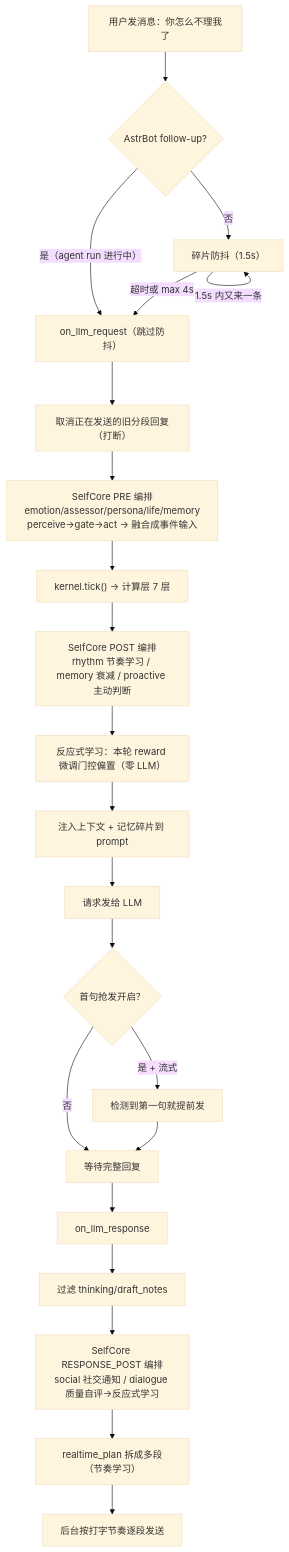
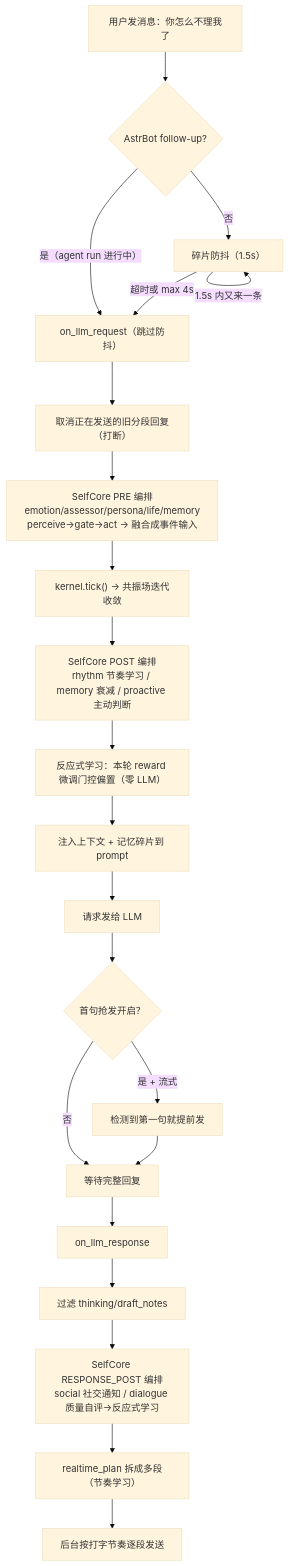
Before and after one commit to Ayleovelle/astrbot_plugin_sylanne: the fourth of 8 diagrams in README.md, drawn with Mermaid (base theme). The commit also changed other lines of this file, not shown here.

````diff
--- a/README.md
+++ b/README.md
@@ -255,24 +277,24 @@
 ```mermaid
 flowchart TD
     A["用户发消息：你怎么不理我了"] --> FU{"AstrBot follow-up?"}
     FU -->|"是（agent run 进行中）"| C["on_llm_request（跳过防抖）"]
     FU -->|"否"| B["碎片防抖（1.5s）"]
     B -->|"1.5s 内又来一条"| B
     B -->|"超时或 max 4s"| C
     C --> C1["取消正在发送的旧分段回复（打断）"]
     C1 --> PRE["SelfCore PRE 编排<br/>emotion/assessor/persona/life/memory<br/>perceive→gate→act → 融合成事件输入"]
-    PRE --> C2["kernel.tick() → 计算层 7 层"]
+    PRE --> C2["kernel.tick() → 共振场迭代收敛"]
     C2 --> POST["SelfCore POST 编排<br/>rhythm 节奏学习 / memory 衰减 / proactive 主动判断"]
     POST --> RL["反应式学习：本轮 reward 微调门控偏置（零 LLM）"]
     RL --> C4["注入上下文 + 记忆碎片到 prompt"]
     C4 --> D["请求发给 LLM"]
     D --> E{"首句抢发开启？"}
     E -->|"是 + 流式"| E1["检测到第一句就提前发"]
     E -->|"否"| F["等待完整回复"]
     E1 --> F
     F --> G["on_llm_response"]
     G --> G1["过滤 thinking/draft_notes"]
     G1 --> RP["SelfCore RESPONSE_POST 编排<br/>social 社交通知 / dialogue 质量自评→反应式学习"]
     RP --> G3["realtime_plan 拆成多段（节奏学习）"]
     G3 --> G4["后台按打字节奏逐段发送"]
 ```
````
